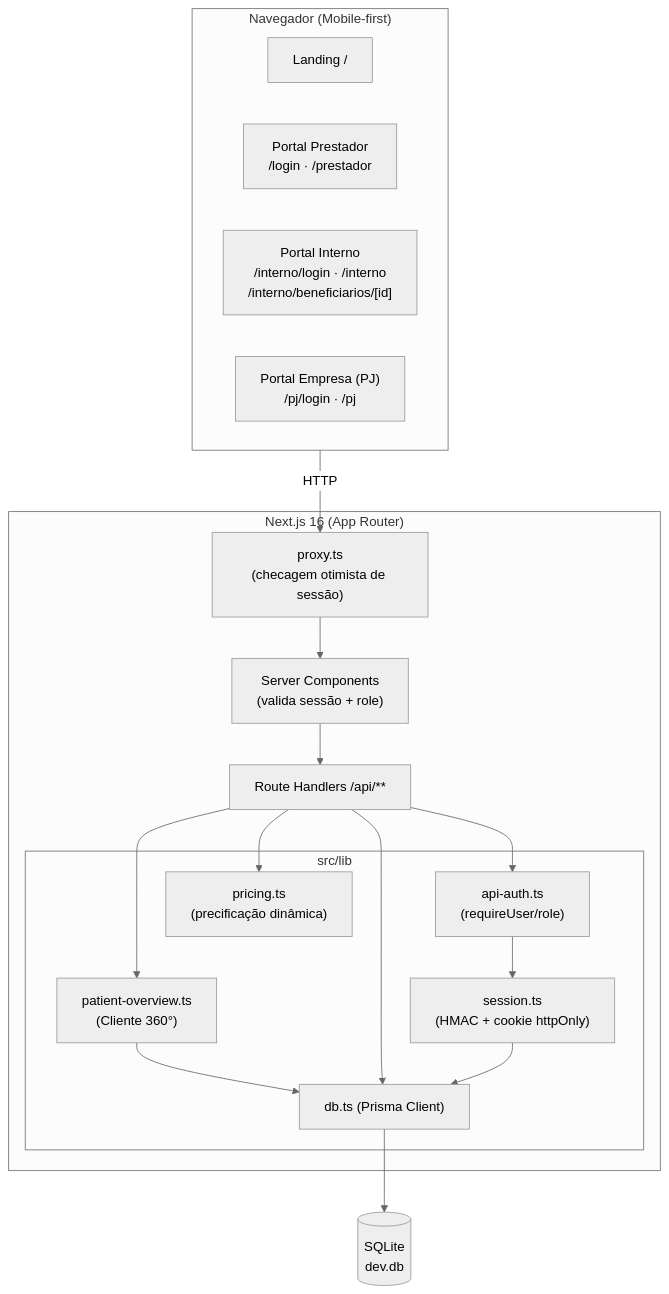
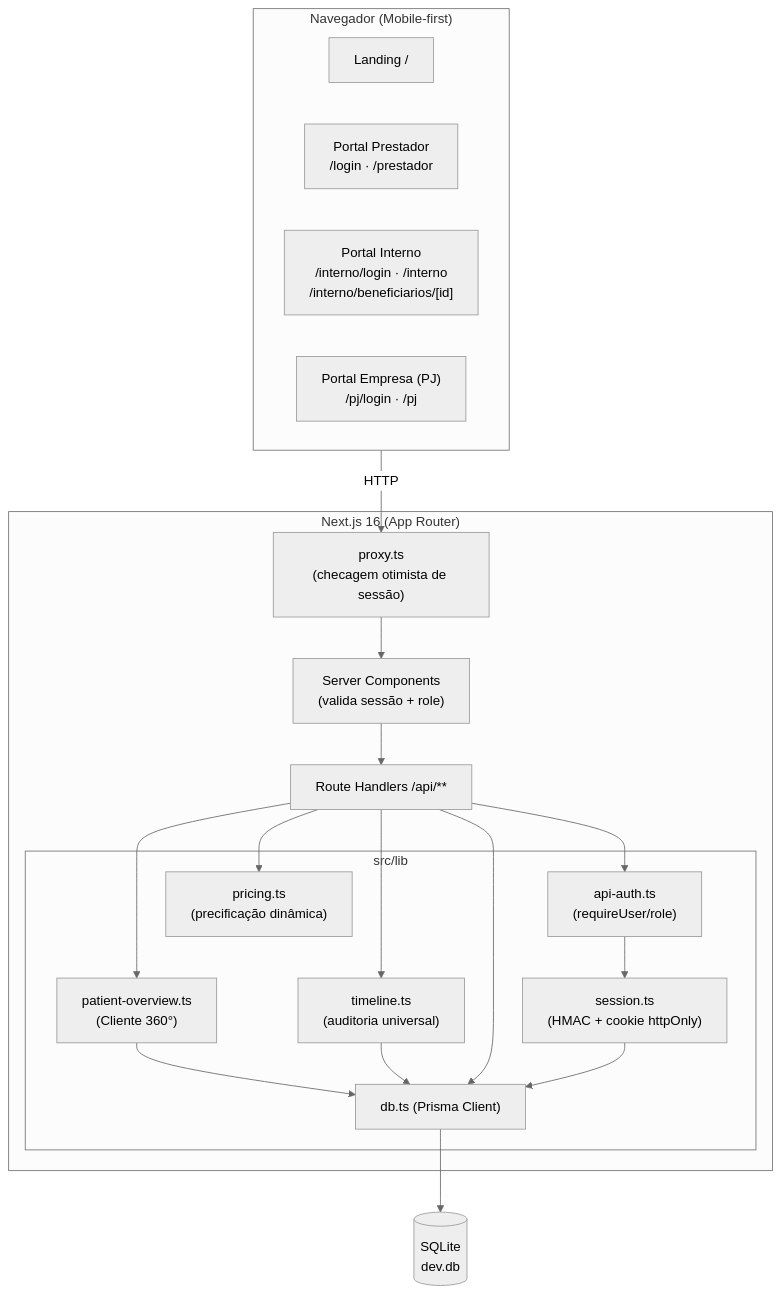
The first of 6 diagrams in docs/ARQUITETURA.md (Piulres/sistema-bibi), drawn with Mermaid (neutral theme) before and after one commit. The commit also changed other lines of this file and 12 other files, not shown here.

First line of the commit message:
feat(epic-2): Timeline Universal — auditoria de eventos

````diff
--- a/docs/ARQUITETURA.md
+++ b/docs/ARQUITETURA.md
@@ -11,32 +11,34 @@
 ```mermaid
 flowchart TB
   subgraph Cliente["Navegador (Mobile-first)"]
     Land["Landing /"]
     PortP["Portal Prestador<br/>/login · /prestador"]
     PortI["Portal Interno<br/>/interno/login · /interno<br/>/interno/beneficiarios/[id]"]
     PortPJ["Portal Empresa (PJ)<br/>/pj/login · /pj"]
   end
 
   subgraph Next["Next.js 16 (App Router)"]
     Proxy["proxy.ts<br/>(checagem otimista de sessão)"]
     Pages["Server Components<br/>(valida sessão + role)"]
     API["Route Handlers /api/**"]
     subgraph Lib["src/lib"]
       Sess["session.ts<br/>(HMAC + cookie httpOnly)"]
       Auth["api-auth.ts<br/>(requireUser/role)"]
       Price["pricing.ts<br/>(precificação dinâmica)"]
       Overview["patient-overview.ts<br/>(Cliente 360°)"]
+      Timeline["timeline.ts<br/>(auditoria universal)"]
       DB["db.ts (Prisma Client)"]
     end
   end
 
   SQLite[("SQLite<br/>dev.db")]
 
   Cliente -->|HTTP| Proxy --> Pages
   Pages --> API
   API --> Auth --> Sess
   API --> Price
   API --> Overview --> DB
+  API --> Timeline --> DB
   API --> DB --> SQLite
   Sess --> DB
 ```
````
